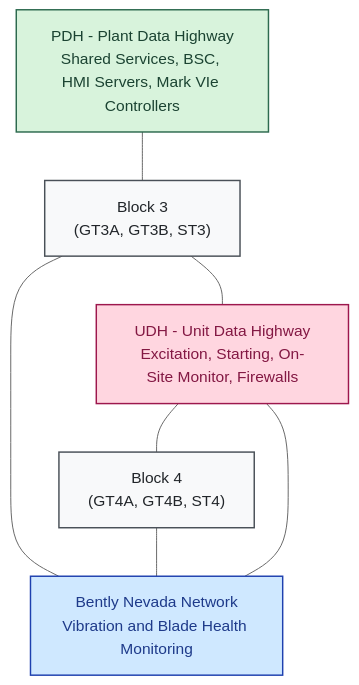
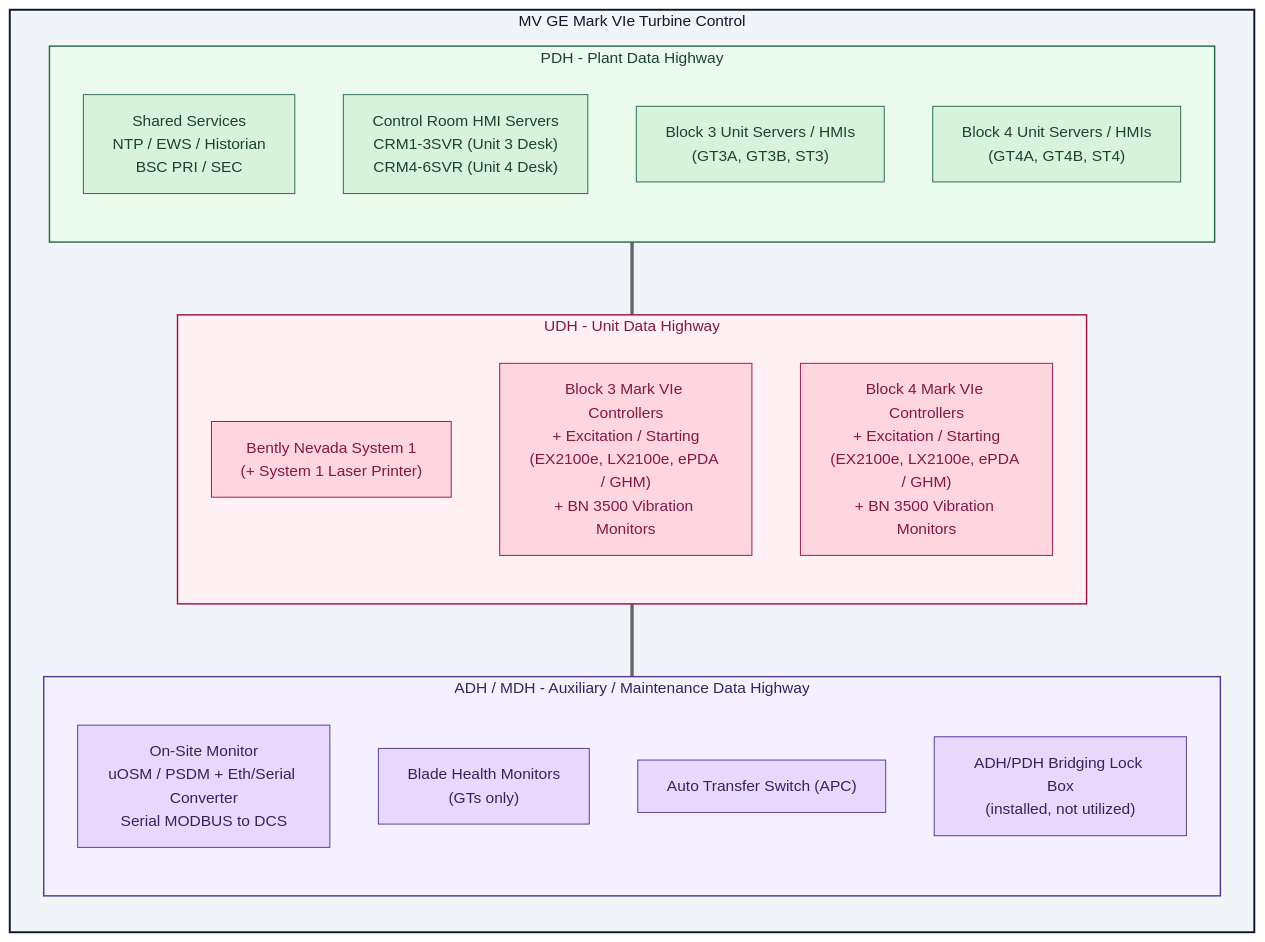
One commit to polittba/MV-BESS changed the second of 2 diagrams in docs-MVOverallControls/MV-Baseline-Mark VIe TC.md. Above: the diagram before and after it, drawn with Mermaid (neutral theme). The commit also changed other lines of this file, not shown here.

First line of the commit message:
docs(MVOverallControls): refine GE Mark VIe TC baseline

````diff
--- a/docs-MVOverallControls/MV-Baseline-Mark VIe TC.md
+++ b/docs-MVOverallControls/MV-Baseline-Mark VIe TC.md
@@ -196,25 +210,45 @@
 ```mermaid
 flowchart TB
-    PDH["PDH - Plant Data Highway<br/>Shared Services, BSC, HMI Servers, Mark VIe Controllers"]
-    BLK3["Block 3<br/>(GT3A, GT3B, ST3)"]
-    UDH["UDH - Unit Data Highway<br/>Excitation, Starting, On-Site Monitor, Firewalls"]
-    BLK4["Block 4<br/>(GT4A, GT4B, ST4)"]
-    BN["Bently Nevada Network<br/>Vibration and Blade Health Monitoring"]
+    subgraph MVTC["MV GE Mark VIe Turbine Control"]
+        direction TB
 
-    PDH --- BLK3
-    BLK3 --- UDH
-    UDH --- BLK4
-    BLK3 --- BN
-    BLK4 --- BN
-    BN --- UDH
+        subgraph PDH["PDH - Plant Data Highway"]
+            direction TB
+            PDH_SHARED["Shared Services<br/>NTP / EWS / Historian<br/>BSC PRI / SEC"]
+            PDH_HMI["Control Room HMI Servers<br/>CRM1-3SVR (Unit 3 Desk)<br/>CRM4-6SVR (Unit 4 Desk)"]
+            PDH_B3["Block 3 Unit Servers / HMIs<br/>(GT3A, GT3B, ST3)"]
+            PDH_B4["Block 4 Unit Servers / HMIs<br/>(GT4A, GT4B, ST4)"]
+        end
 
-    classDef pdh fill:#d8f3dc,stroke:#2d6a4f,stroke-width:1.5px,color:#1b4332
-    classDef udh fill:#ffd6e0,stroke:#9d174d,stroke-width:1.5px,color:#831843
-    classDef bn  fill:#cfe8ff,stroke:#1e40af,stroke-width:1.5px,color:#1e3a8a
-    classDef blk fill:#f8f9fa,stroke:#495057,stroke-width:1.5px,color:#212529
+        subgraph UDH["UDH - Unit Data Highway"]
+            direction TB
+            UDH_BN1["Bently Nevada System 1<br/>(+ System 1 Laser Printer)"]
+            UDH_B3["Block 3 Mark VIe Controllers<br/>+ Excitation / Starting<br/>(EX2100e, LX2100e, ePDA / GHM)<br/>+ BN 3500 Vibration Monitors"]
+            UDH_B4["Block 4 Mark VIe Controllers<br/>+ Excitation / Starting<br/>(EX2100e, LX2100e, ePDA / GHM)<br/>+ BN 3500 Vibration Monitors"]
+        end
 
-    class PDH pdh
-    class UDH udh
-    class BN bn
-    class BLK3,BLK4 blk
+        subgraph ADH["ADH / MDH - Auxiliary / Maintenance Data Highway"]
+            direction TB
+            ADH_OSM["On-Site Monitor<br/>uOSM / PSDM + Eth/Serial Converter<br/>Serial MODBUS to DCS"]
+            ADH_BHM["Blade Health Monitors<br/>(GTs only)"]
+            ADH_ATS["Auto Transfer Switch (APC)"]
+            ADH_LOCK["ADH/PDH Bridging Lock Box<br/>(installed, not utilized)"]
+        end
+
+        PDH === UDH
+        UDH === ADH
+    end
+
+    classDef pdh fill:#d8f3dc,stroke:#2d6a4f,stroke-width:1px,color:#1b4332
+    classDef udh fill:#ffd6e0,stroke:#9d174d,stroke-width:1px,color:#831843
+    classDef adh fill:#e9d8fd,stroke:#553c9a,stroke-width:1px,color:#322659
+
+    class PDH_SHARED,PDH_HMI,PDH_B3,PDH_B4 pdh
+    class UDH_BN1,UDH_B3,UDH_B4 udh
+    class ADH_OSM,ADH_BHM,ADH_ATS,ADH_LOCK adh
+
+    style MVTC fill:#f1f5f9,stroke:#0f172a,stroke-width:2px,color:#0f172a
+    style PDH  fill:#ebfbee,stroke:#2d6a4f,stroke-width:1.5px,color:#1b4332
+    style UDH  fill:#fff0f3,stroke:#9d174d,stroke-width:1.5px,color:#831843
+    style ADH  fill:#f5f0ff,stroke:#553c9a,stroke-width:1.5px,color:#322659
 ```
````
